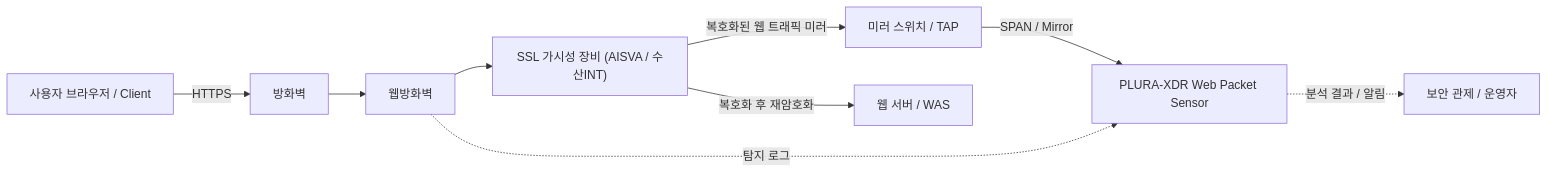
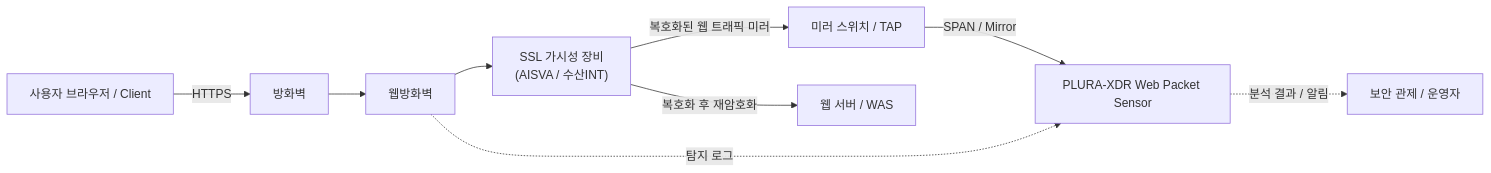
The diagram in benefits/ko/web-traffic/web-packet-analysis.md (qubitsec/plura), drawn with Mermaid before and after one commit.

````diff
--- a/benefits/ko/web-traffic/web-packet-analysis.md
+++ b/benefits/ko/web-traffic/web-packet-analysis.md
@@ -134,18 +134,18 @@
 ```mermaid
 graph LR
   C["사용자 브라우저 / Client"]
   FW["방화벽"]
   WAF["웹방화벽"]
-  SSLV["SSL 가시성 장비 (AISVA / 수산INT)"]
+  SSLV["SSL 가시성 장비 <br> (AISVA / 수산INT)"]
   SW["미러 스위치 / TAP"]
   PLURA["PLURA-XDR Web Packet Sensor"]
   WAS["웹 서버 / WAS"]
   SIEM["보안 관제 / 운영자"]
 
   C -->|HTTPS| FW --> WAF --> SSLV -->|복호화 후 재암호화| WAS
 
   SSLV -->|복호화된 웹 트래픽 미러| SW -->|SPAN / Mirror| PLURA
 
   WAF -. 탐지 로그 .-> PLURA
   PLURA -. 분석 결과 / 알림 .-> SIEM
 ```
````
